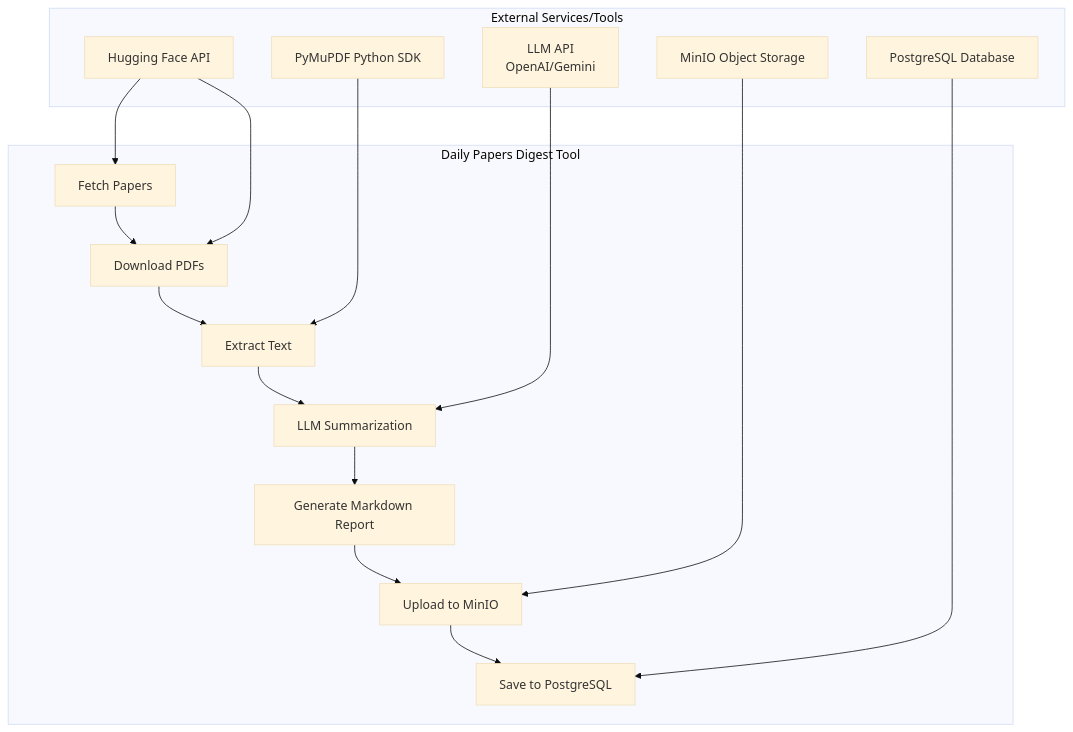
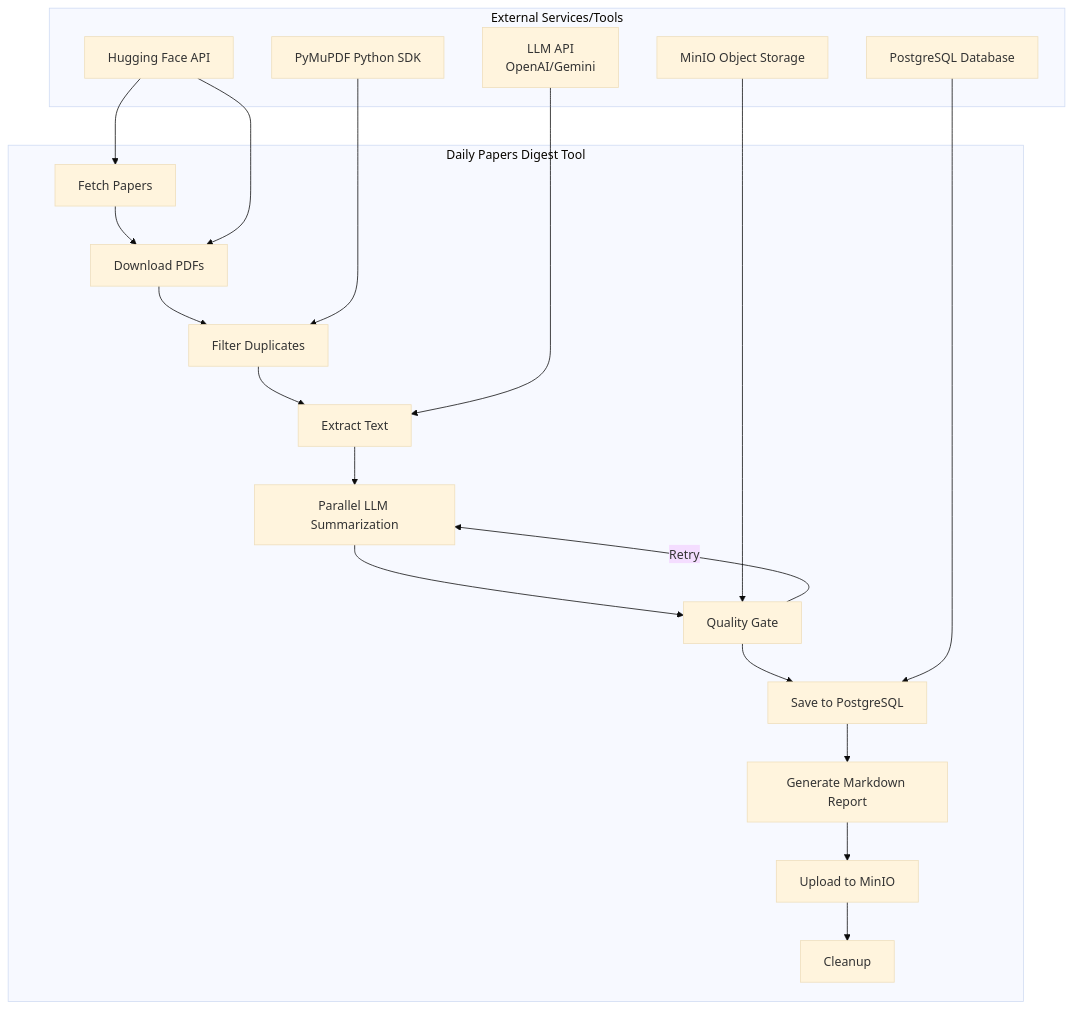
The first of 2 diagrams in README.md (kpollz/daily_papers_tool), drawn with Mermaid (base theme) before and after one commit. The commit also changed other lines of this file and 1 other file, not shown here.

````diff
--- a/README.md
+++ b/README.md
@@ -30,28 +32,32 @@
 ```mermaid
  graph TD
     
     subgraph "External Services/Tools"
         A[Hugging Face API]
         B[PyMuPDF Python SDK]
         C[PostgreSQL Database]
         D[MinIO Object Storage]
         E[LLM API<br/>OpenAI/Gemini]
     end
 
     subgraph "Daily Papers Digest Tool"
         B1[Fetch Papers] --> B2[Download PDFs]
-        B2 --> B3[Extract Text]
-        B3 --> B4[LLM Summarization]
-        B4 --> B5[Generate Markdown Report]
-        B5 --> B6[Upload to MinIO]
+        B2 --> B3[Filter Duplicates]
+        B3 --> B4[Extract Text]
+        B4 --> B5[Parallel LLM Summarization]
+        B5 --> B6[Quality Gate]
+        B6 -->|Retry| B5
         B6 --> B7[Save to PostgreSQL]
+        B7 --> B8[Generate Markdown Report]
+        B8 --> B9[Upload to MinIO]
+        B9 --> B10[Cleanup]
     end
 
     
     A --> B1
     A --> B2
     B --> B3
     E --> B4
     D --> B6
     C --> B7
 ```
````
